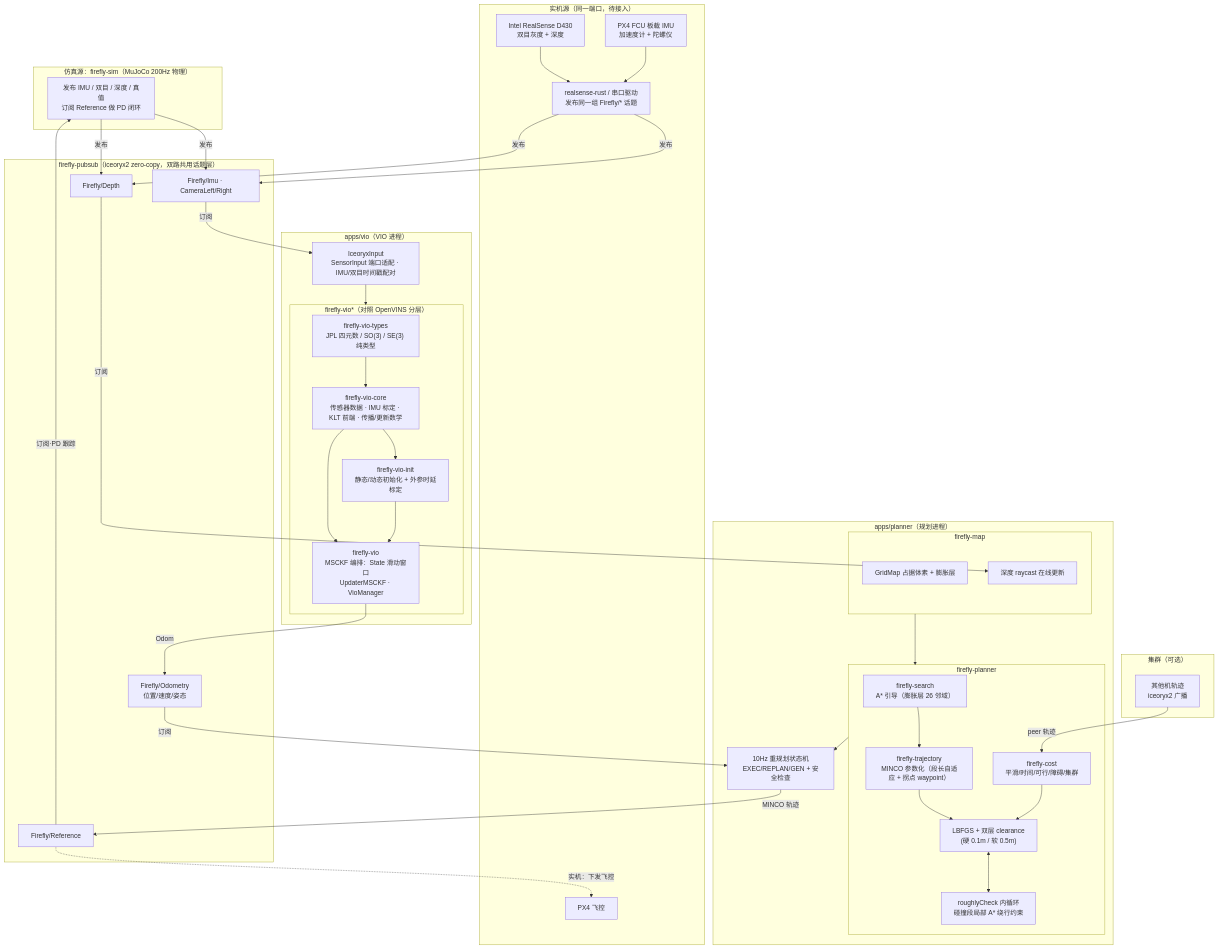
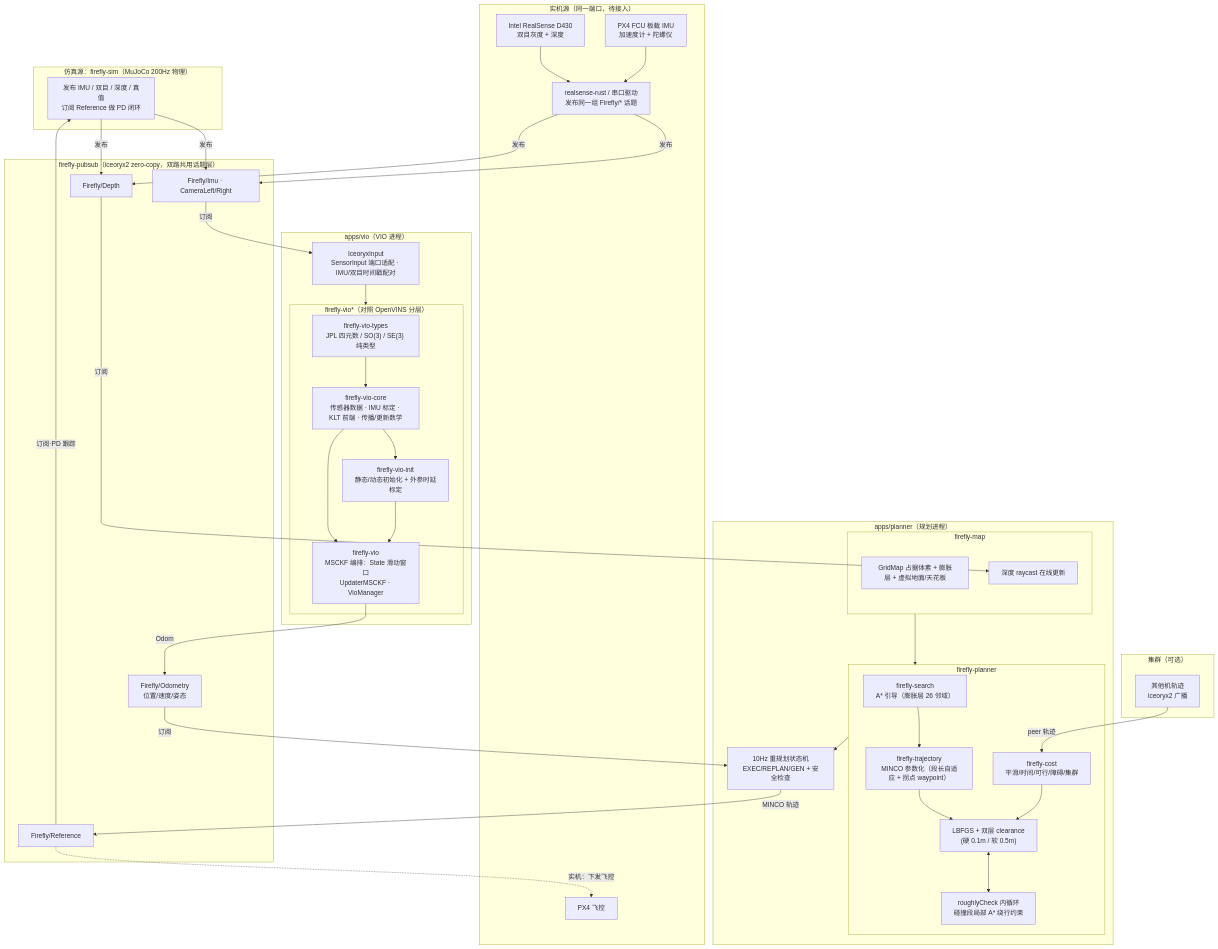
One commit to 3SE-Competitive-Robotics-Team/firefly changed the first of 2 diagrams in docs/architecture.md. Above: the diagram before and after it, drawn with Mermaid. The commit also changed 7 other files, not shown here.

First line of the commit message:
feat(map): 虚拟地面/天花板——高度带外查询视为不可飞（对照官方 virtual_wall）

````diff
--- a/docs/architecture.md
+++ b/docs/architecture.md
@@ -3,76 +3,76 @@
 ```mermaid
 flowchart TD
     subgraph SIM_SRC["仿真源：firefly-sim（MuJoCo 200Hz 物理）"]
         SIMP["发布 IMU / 双目 / 深度 / 真值<br/>订阅 Reference 做 PD 闭环"]
     end
 
     subgraph HW_SRC["实机源（同一端口，待接入）"]
         CAM["Intel RealSense D430<br/>双目灰度 + 深度"]
         IMU_SENSOR["PX4 FCU 板载 IMU<br/>加速度计 + 陀螺仪"]
         FC["PX4 飞控"]
         DRV["realsense-rust / 串口驱动<br/>发布同一组 Firefly/* 话题"]
         CAM --> DRV
         IMU_SENSOR --> DRV
     end
 
     subgraph PUBSUB["firefly-pubsub（iceoryx2 zero-copy，双路共用话题层）"]
         TOPIC_SENS["Firefly/Imu · CameraLeft/Right"]
         TOPIC_DEPTH["Firefly/Depth"]
         TOPIC_ODOM["Firefly/Odometry<br/>位置/速度/姿态"]
         TOPIC_REF["Firefly/Reference"]
     end
 
     SIMP -->|发布| TOPIC_SENS
     SIMP -->|发布| TOPIC_DEPTH
     DRV -->|发布| TOPIC_SENS
     DRV -->|发布| TOPIC_DEPTH
 
     subgraph VIO_APP["apps/vio（VIO 进程）"]
         INPUT["IceoryxInput<br/>SensorInput 端口适配 · IMU/双目时间戳配对"]
         subgraph VIO["firefly-vio*（对照 OpenVINS 分层）"]
             TYPES["firefly-vio-types<br/>JPL 四元数 / SO(3) / SE(3) 纯类型"]
             CORE["firefly-vio-core<br/>传感器数据 · IMU 标定 · KLT 前端 · 传播/更新数学"]
             INIT["firefly-vio-init<br/>静态/动态初始化 + 外参时延标定"]
             MSCKF["firefly-vio<br/>MSCKF 编排：State 滑动窗口<br/>UpdaterMSCKF · VioManager"]
             TYPES --> CORE
             CORE --> INIT
             CORE --> MSCKF
             INIT --> MSCKF
         end
         INPUT --> VIO
     end
 
     TOPIC_SENS -->|订阅| INPUT
 
     subgraph PLAN_APP["apps/planner（规划进程）"]
         subgraph MAP["firefly-map"]
-            GRID["GridMap 占据体素 + 膨胀层"]
+            GRID["GridMap 占据体素 + 膨胀层 + 虚拟地面/天花板"]
             RAY["深度 raycast 在线更新"]
         end
         subgraph PLAN["firefly-planner"]
             ASTAR["firefly-search<br/>A* 引导（膨胀层 26 邻域）"]
             MINCO["firefly-trajectory<br/>MINCO 参数化（段长自适应 + 拐点 waypoint）"]
             OPT["LBFGS + 双层 clearance<br/>(硬 0.1m / 软 0.5m)"]
             ROUGH["roughlyCheck 内循环<br/>碰撞段局部 A* 绕行约束"]
             COST["firefly-cost<br/>平滑/时间/可行/障碍/集群"]
             ASTAR --> MINCO --> OPT
             COST --> OPT
             OPT <--> ROUGH
         end
         FSM["10Hz 重规划状态机<br/>EXEC/REPLAN/GEN + 安全检查"]
         MAP --> PLAN
         PLAN --> FSM
     end
 
     subgraph SWARM["集群（可选）"]
         PEER["其他机轨迹<br/>iceoryx2 广播"]
     end
 
     MSCKF -->|Odom| TOPIC_ODOM
     TOPIC_ODOM -->|订阅| FSM
     TOPIC_DEPTH -->|订阅| RAY
     PEER -->|peer 轨迹| COST
     FSM -->|MINCO 轨迹| TOPIC_REF
     TOPIC_REF -->|订阅·PD 跟踪| SIMP
     TOPIC_REF -.->|实机：下发飞控| FC
 ```
````
